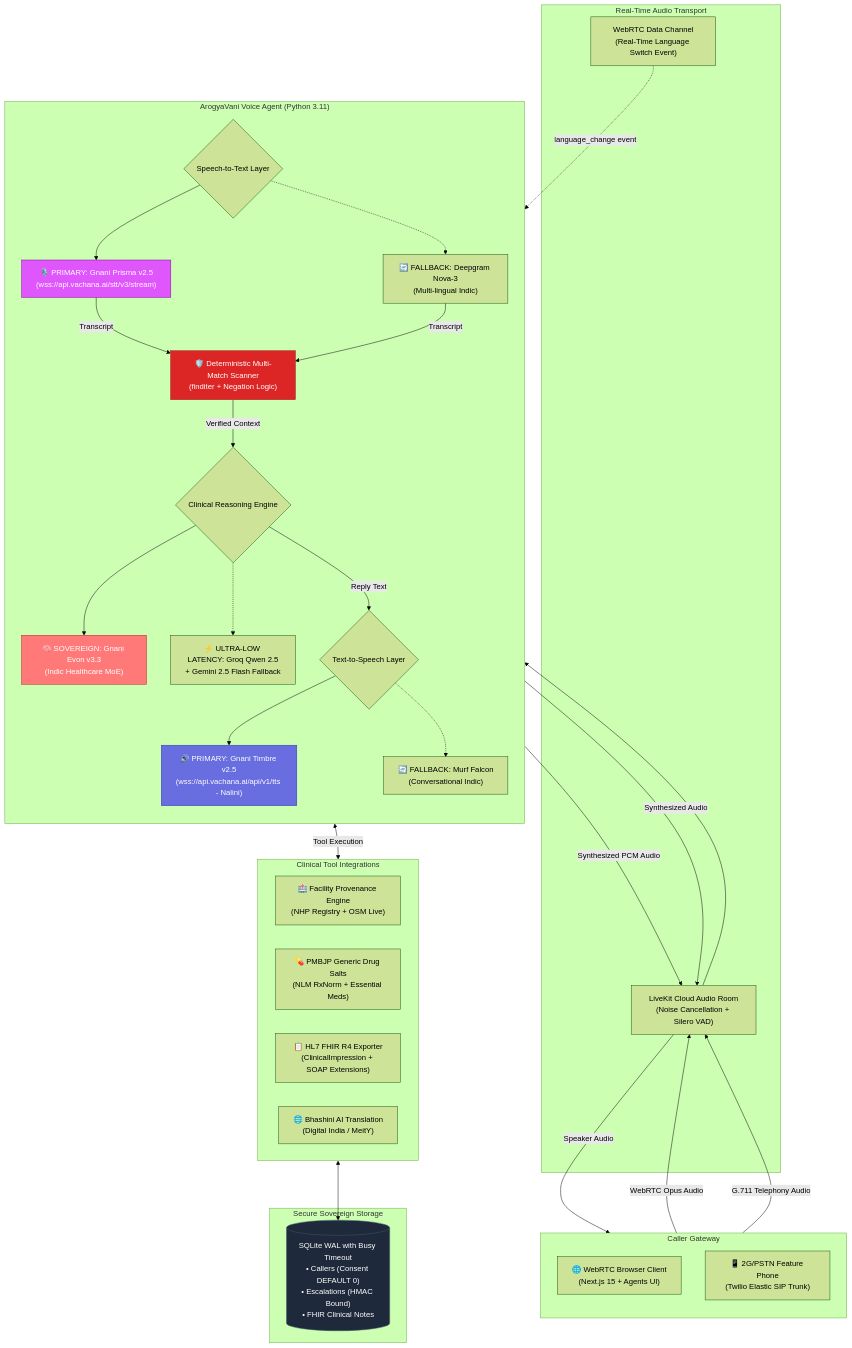
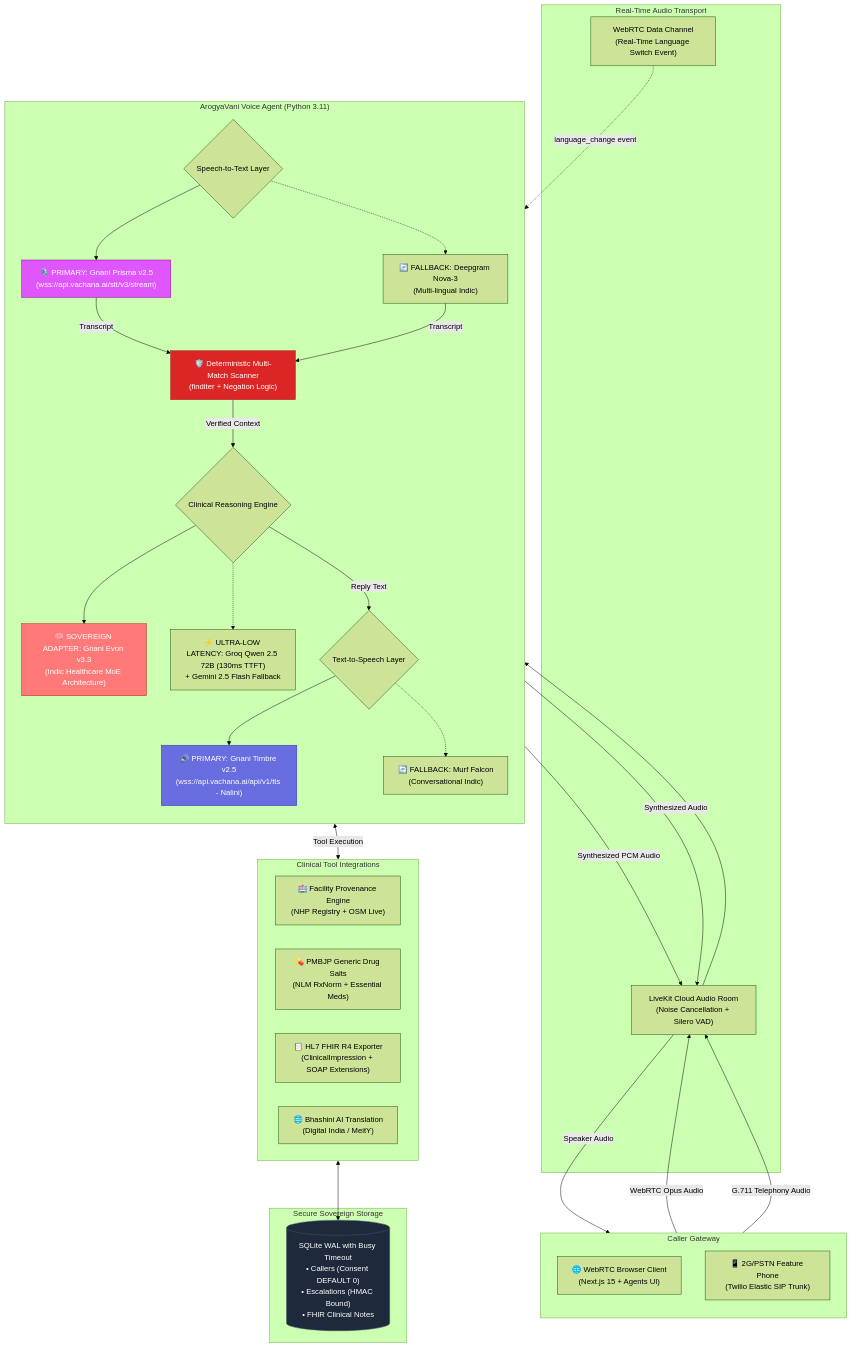
One commit to sakshitiwari2051-png/ArogyaVani changed the first of 2 diagrams in README.md. Above: the diagram before and after it, drawn with Mermaid (forest theme). The commit also changed other lines of this file and 18 other files, not shown here.

````diff
--- a/README.md
+++ b/README.md
@@ -94,71 +94,71 @@
 ```mermaid
 flowchart TB
     subgraph CALLER["Caller Gateway"]
         direction TB
         WEB["🌐 WebRTC Browser Client<br/>(Next.js 15 + Agents UI)"]
         PSTN["📱 2G/PSTN Feature Phone<br/>(Twilio Elastic SIP Trunk)"]
     end
 
     subgraph LK["Real-Time Audio Transport"]
         ROOM["LiveKit Cloud Audio Room<br/>(Noise Cancellation + Silero VAD)"]
         DATA["WebRTC Data Channel<br/>(Real-Time Language Switch Event)"]
     end
 
     subgraph AGENT["ArogyaVani Voice Agent (Python 3.11)"]
         direction TB
         STT_ENGINE{"Speech-to-Text Layer"}
         PRISMA["🎙️ PRIMARY: Gnani Prisma v2.5<br/>(wss://api.vachana.ai/stt/v3/stream)"]
         DG_STT["🔄 FALLBACK: Deepgram Nova-3<br/>(Multi-lingual Indic)"]
 
         SCANNER["🛡️ Deterministic Multi-Match Scanner<br/>(finditer + Negation Logic)"]
 
         LLM_ENGINE{"Clinical Reasoning Engine"}
-        EVON["🧠 SOVEREIGN: Gnani Evon v3.3<br/>(Indic Healthcare MoE)"]
-        GROQ_GEMINI["⚡ ULTRA-LOW LATENCY: Groq Qwen 2.5<br/>+ Gemini 2.5 Flash Fallback"]
+        EVON["🧠 SOVEREIGN ADAPTER: Gnani Evon v3.3<br/>(Indic Healthcare MoE Architecture)"]
+        GROQ_GEMINI["⚡ ULTRA-LOW LATENCY: Groq Qwen 2.5 72B (130ms TTFT)<br/>+ Gemini 2.5 Flash Fallback"]
 
         TTS_ENGINE{"Text-to-Speech Layer"}
         TIMBRE["🔊 PRIMARY: Gnani Timbre v2.5<br/>(wss://api.vachana.ai/api/v1/tts - Nalini)"]
         MURF_TTS["🔄 FALLBACK: Murf Falcon<br/>(Conversational Indic)"]
     end
 
     subgraph TOOLS["Clinical Tool Integrations"]
         FAC["🏥 Facility Provenance Engine<br/>(NHP Registry + OSM Live)"]
         MED["💊 PMBJP Generic Drug Salts<br/>(NLM RxNorm + Essential Meds)"]
         FHIR["📋 HL7 FHIR R4 Exporter<br/>(ClinicalImpression + SOAP Extensions)"]
         BHASH["🌐 Bhashini AI Translation<br/>(Digital India / MeitY)"]
     end
 
     subgraph DATA_TIER["Secure Sovereign Storage"]
         DB[("SQLite WAL with Busy Timeout<br/>• Callers (Consent DEFAULT 0)<br/>• Escalations (HMAC Bound)<br/>• FHIR Clinical Notes")]
     end
 
     WEB -->|"WebRTC Opus Audio"| ROOM
     PSTN -->|"G.711 Telephony Audio"| ROOM
     DATA -.->|"language_change event"| AGENT
 
     ROOM --> STT_ENGINE
     STT_ENGINE --> PRISMA
     STT_ENGINE -.-> DG_STT
     PRISMA -->|"Transcript"| SCANNER
     DG_STT -->|"Transcript"| SCANNER
 
     SCANNER -->|"Verified Context"| LLM_ENGINE
     LLM_ENGINE --> EVON
     LLM_ENGINE -.-> GROQ_GEMINI
 
     LLM_ENGINE <-->|"Tool Execution"| TOOLS
     TOOLS <--> DB
 
     LLM_ENGINE -->|"Reply Text"| TTS_ENGINE
     TTS_ENGINE --> TIMBRE
     TTS_ENGINE -.-> MURF_TTS
     TIMBRE -->|"Synthesized PCM Audio"| ROOM
     MURF_TTS -->|"Synthesized Audio"| ROOM
     ROOM -->|"Speaker Audio"| CALLER
 
     style PRISMA fill:#E056FD,stroke:#7D0A8D,color:#fff
     style TIMBRE fill:#686DE0,stroke:#2F36B2,color:#fff
     style EVON fill:#FF7979,stroke:#B31D1D,color:#fff
     style SCANNER fill:#DC2626,stroke:#991B1B,color:#fff
     style DB fill:#1E293B,stroke:#475569,color:#fff
 ```
````
